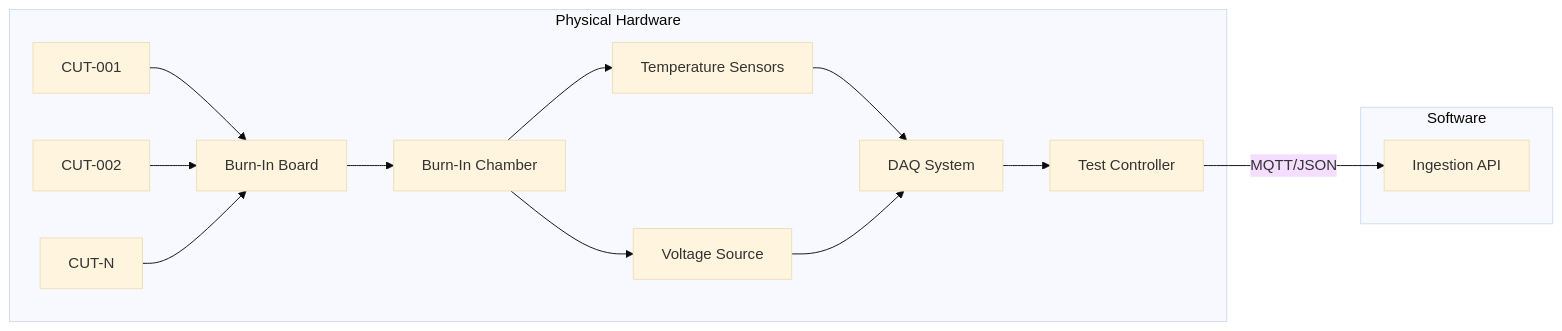
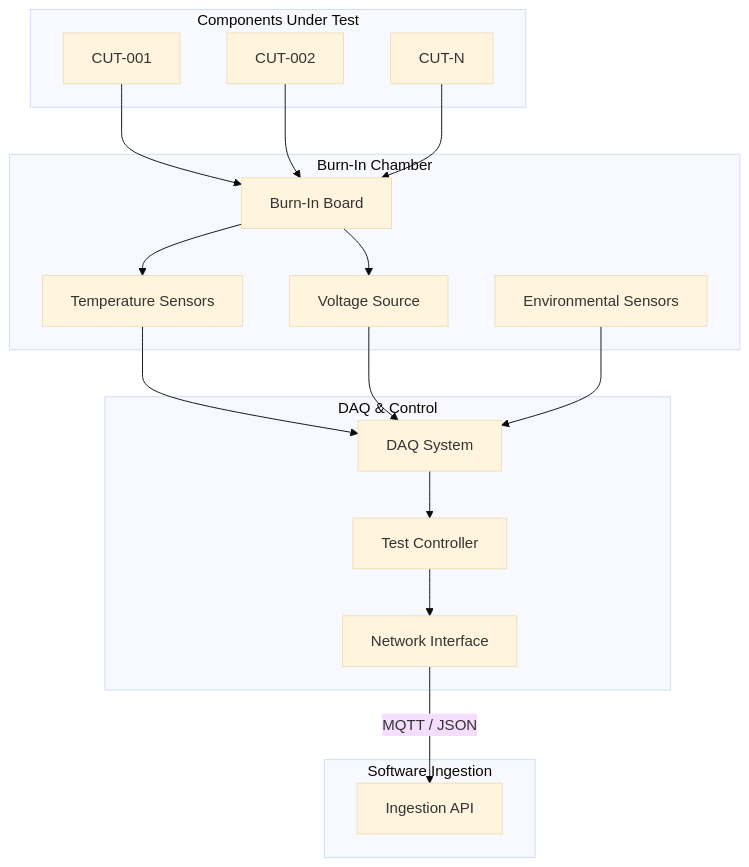
Before and after one commit to ankushkumar14092-dot/sih_170: the second of 20 diagrams in DOCUMENTATION.md, drawn with Mermaid (base theme). The commit also changed other lines of this file, not shown here.

Commit message:
Add 20 Mermaid architecture diagrams to DOCUMENTATION.md

````diff
--- a/DOCUMENTATION.md
+++ b/DOCUMENTATION.md
@@ -1923,14 +1953,30 @@
 ```mermaid
-graph LR
-    subgraph Physical Hardware
-        CUT1[CUT-001] & CUT2[CUT-002] & CUTN[CUT-N] --> BIB[Burn-In Board]
-        BIB --> BIC[Burn-In Chamber]
-        BIC --> TSENS[Temperature Sensors]
-        BIC --> VSRC[Voltage Source]
-        TSENS & VSRC --> DAQ[DAQ System]
-        DAQ --> TC[Test Controller]
+graph TD
+    subgraph CUTS[Components Under Test]
+        C1[CUT-001]
+        C2[CUT-002]
+        CN[CUT-N]
     end
-    subgraph Software
-        TC --> |MQTT/JSON| ING[Ingestion API]
+    subgraph CHAMBER[Burn-In Chamber]
+        BIB[Burn-In Board]
+        TSENS[Temperature Sensors]
+        VSRC[Voltage Source]
+        ESENS[Environmental Sensors]
     end
+    subgraph DAQ_LAYER[DAQ & Control]
+        DAQ[DAQ System]
+        TC[Test Controller]
+        NI[Network Interface]
+    end
+    subgraph SW[Software Ingestion]
+        ING[Ingestion API]
+    end
+    C1 & C2 & CN --> BIB
+    BIB --> TSENS
+    BIB --> VSRC
+    TSENS --> DAQ
+    VSRC --> DAQ
+    ESENS --> DAQ
+    DAQ --> TC --> NI
+    NI -->|MQTT / JSON| ING
 ```
````
